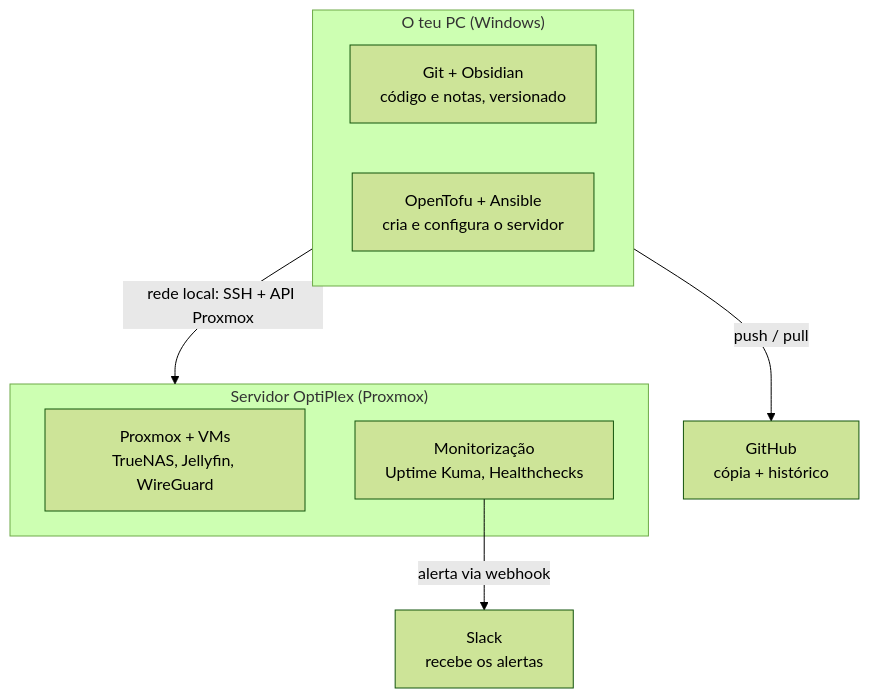
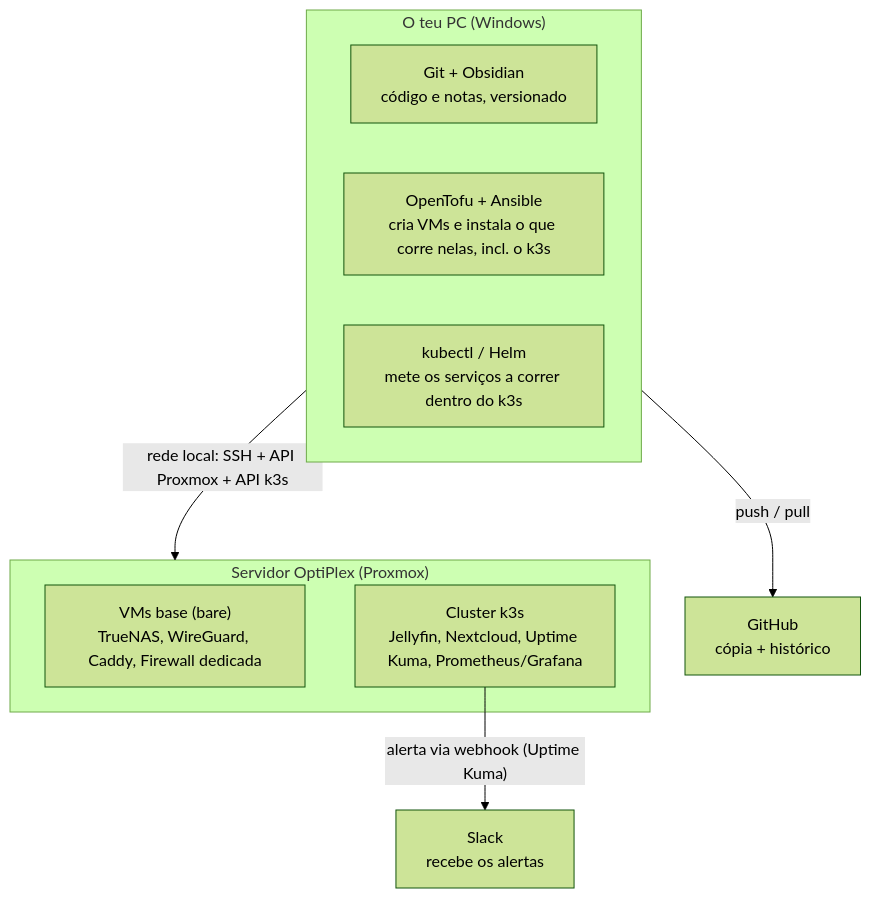
One commit to RuiGRMargarido/homelab changed the diagram in docs/ARQUITETURA_E_FLUXO_DE_TRABALHO.md. Above: the diagram before and after it, drawn with Mermaid (forest theme). The commit also changed other lines of this file and 6 other files, not shown here.

````diff
--- a/docs/ARQUITETURA_E_FLUXO_DE_TRABALHO.md
+++ b/docs/ARQUITETURA_E_FLUXO_DE_TRABALHO.md
@@ -10,20 +10,21 @@
 ```mermaid
 graph TB
     GH[GitHub<br/>cópia + histórico]
 
     subgraph PC["O teu PC (Windows)"]
         GO["Git + Obsidian<br/>código e notas, versionado"]
-        TA["OpenTofu + Ansible<br/>cria e configura o servidor"]
+        TA["OpenTofu + Ansible<br/>cria VMs e instala o que corre nelas, incl. o k3s"]
+        KH["kubectl / Helm<br/>mete os serviços a correr dentro do k3s"]
     end
 
     subgraph OP["Servidor OptiPlex (Proxmox)"]
-        PVM["Proxmox + VMs<br/>TrueNAS, Jellyfin, WireGuard"]
-        MON["Monitorização<br/>Uptime Kuma, Healthchecks"]
+        PVM["VMs base (bare)<br/>TrueNAS, WireGuard, Caddy, Firewall dedicada"]
+        K3S["Cluster k3s<br/>Jellyfin, Nextcloud, Uptime Kuma, Prometheus/Grafana"]
     end
 
     SL[Slack<br/>recebe os alertas]
 
     PC -- "push / pull" --> GH
-    PC -- "rede local: SSH + API Proxmox" --> OP
-    MON -- "alerta via webhook" --> SL
+    PC -- "rede local: SSH + API Proxmox + API k3s" --> OP
+    K3S -- "alerta via webhook (Uptime Kuma)" --> SL
 ```
````
